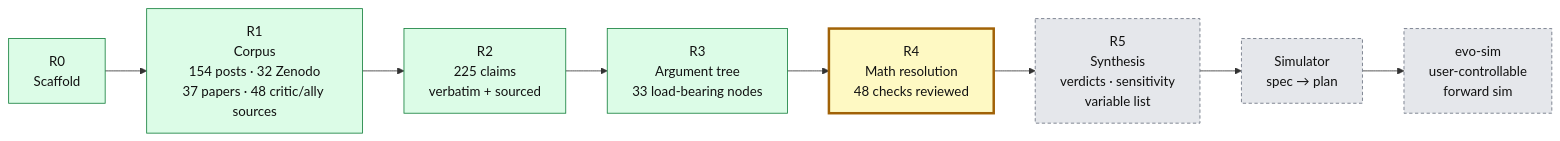
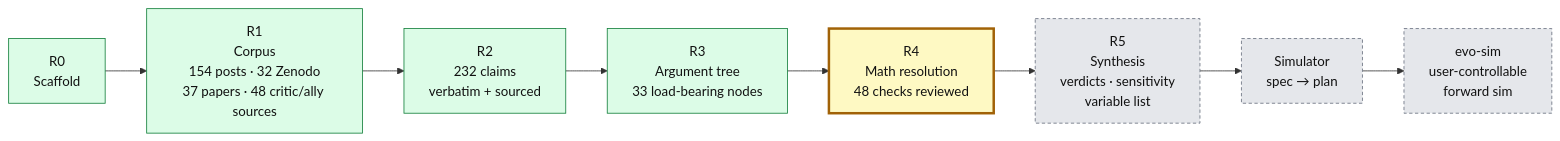
The second of 2 diagrams in README.md (nickallevato/evo-sim), drawn with Mermaid before and after one commit. The commit also changed other lines of this file and 37 other files, not shown here.

````diff
--- a/README.md
+++ b/README.md
@@ -229,14 +229,14 @@
 ```mermaid
 flowchart LR
   R0["R0<br/>Scaffold"]:::done --> R1["R1<br/>Corpus<br/>154 posts · 32 Zenodo<br/>37 papers · 48 critic/ally sources"]:::done
-  R1 --> R2["R2<br/>225 claims<br/>verbatim + sourced"]:::done
+  R1 --> R2["R2<br/>232 claims<br/>verbatim + sourced"]:::done
   R2 --> R3["R3<br/>Argument tree<br/>33 load-bearing nodes"]:::done
   R3 --> R4["R4<br/>Math resolution<br/>48 checks reviewed"]:::active
   R4 --> R5["R5<br/>Synthesis<br/>verdicts · sensitivity<br/>variable list"]:::todo
   R5 --> S1["Simulator<br/>spec → plan"]:::todo
   S1 --> S2["evo-sim<br/>user-controllable<br/>forward sim"]:::todo
 
   classDef done fill:#dcfce7,stroke:#15803d,color:#111
   classDef active fill:#fef9c3,stroke:#a16207,stroke-width:3px,color:#111
   classDef todo fill:#e5e7eb,stroke:#6b7280,color:#111,stroke-dasharray:4 3
 ```
````
